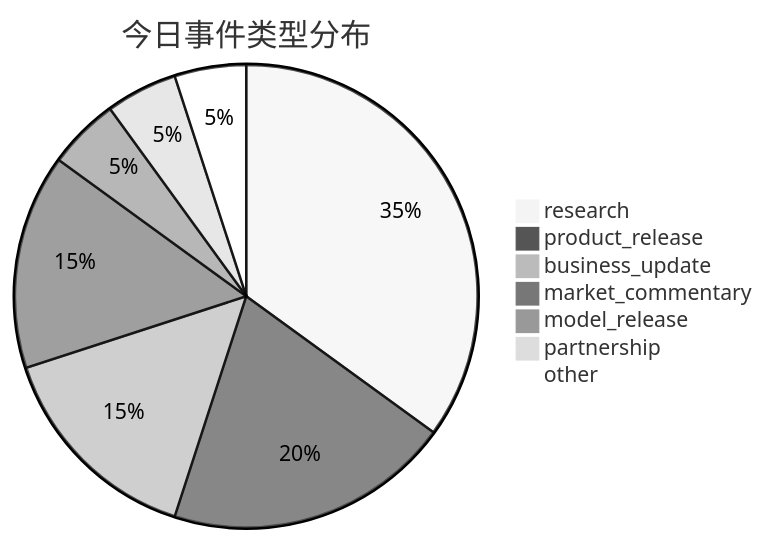
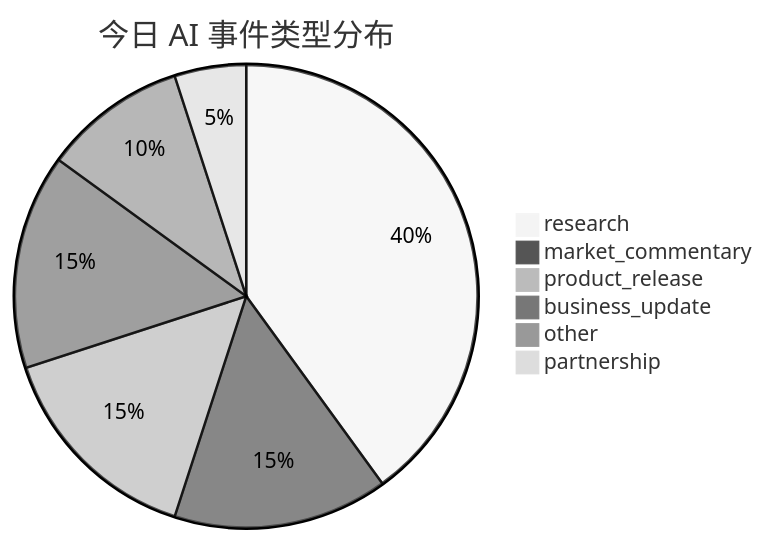
One commit to LvienOeria/daily-ai-insight-engine-v2 changed the first of 2 diagrams in reports/daily_ai_report.md. Above: the diagram before and after it, drawn with Mermaid (neutral theme). The commit also changed other lines of this file and 23 other files, not shown here.

````diff
--- a/reports/daily_ai_report.md
+++ b/reports/daily_ai_report.md
@@ -89,11 +99,10 @@
 ```mermaid
 pie
-    title 今日事件类型分布
-    "research" : 7
-    "product_release" : 4
+    title 今日 AI 事件类型分布
+    "research" : 8
+    "market_commentary" : 3
+    "product_release" : 3
     "business_update" : 3
-    "market_commentary" : 3
-    "model_release" : 1
+    "other" : 2
     "partnership" : 1
-    "other" : 1
 ```
````
